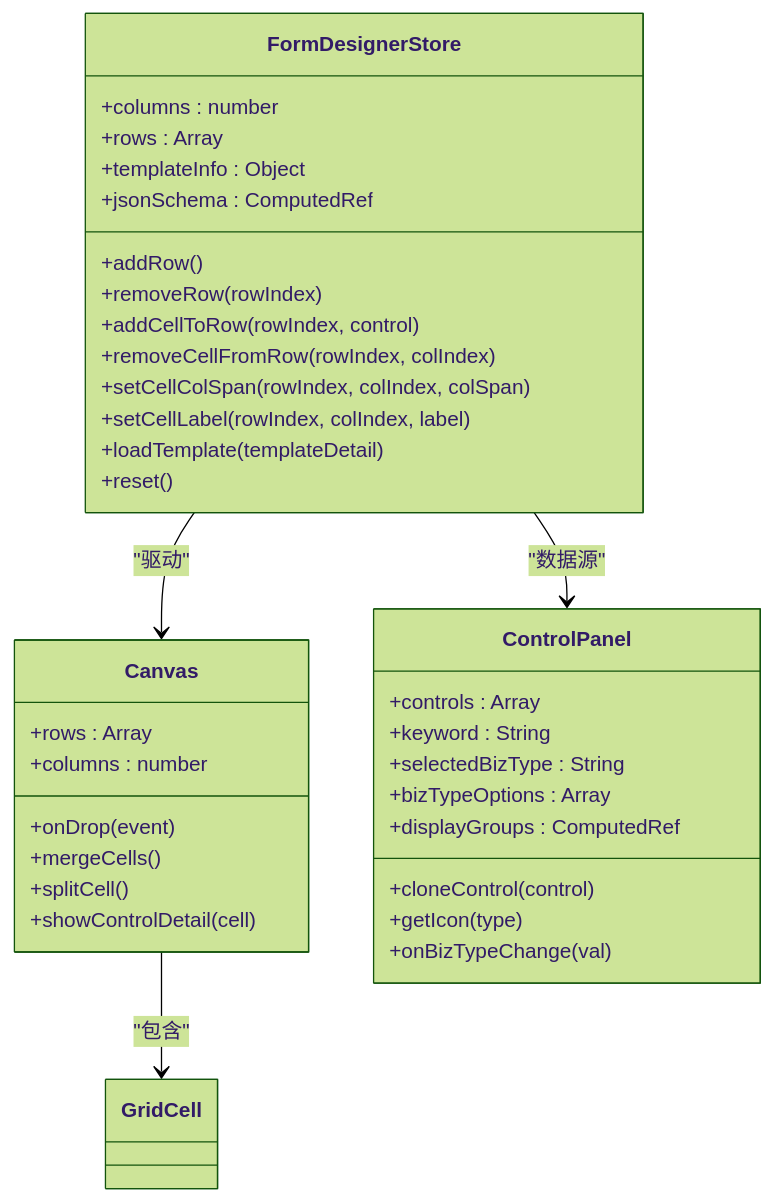
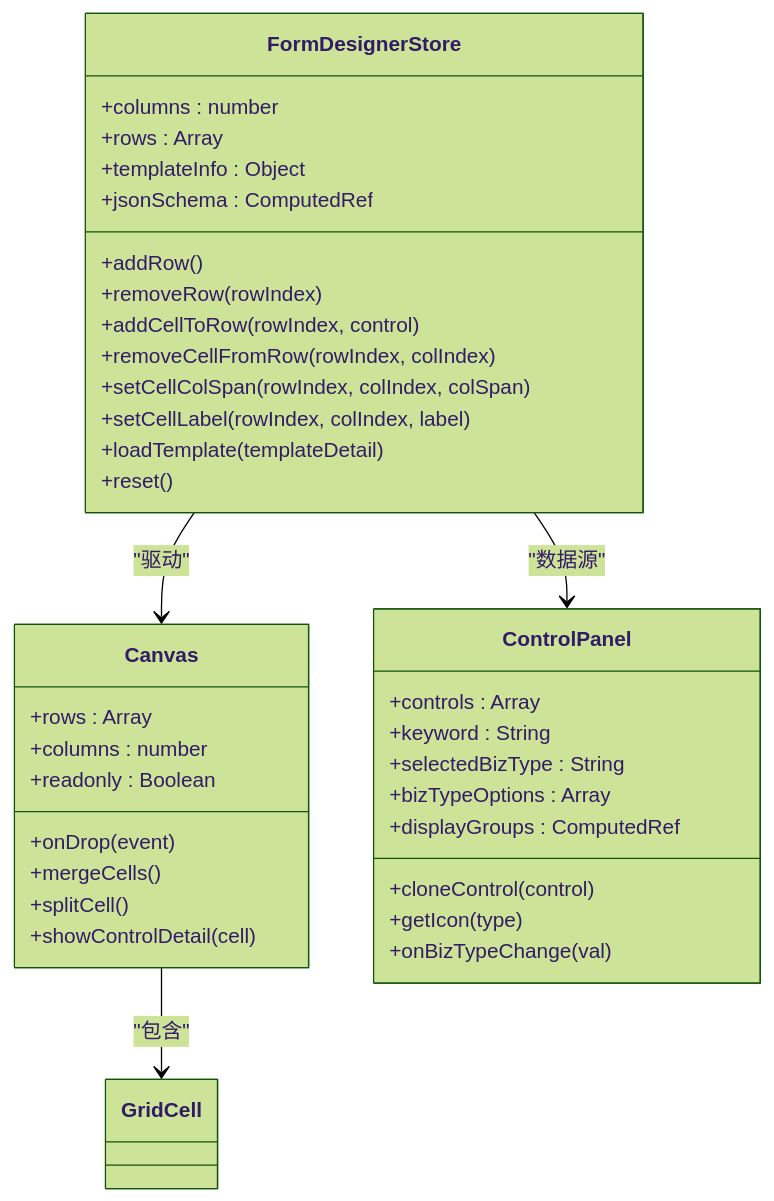
One commit to NJMrLi/genetics changed the seventh of 12 diagrams in .qoder/repowiki/zh/content/前端架构设计/拖拽式表单设计器.md. Above: the diagram before and after it, drawn with Mermaid (forest theme). The commit also changed other lines of this file and 3 other files, not shown here.

````diff
--- a/.qoder/repowiki/zh/content/前端架构设计/拖拽式表单设计器.md
+++ b/.qoder/repowiki/zh/content/前端架构设计/拖拽式表单设计器.md
@@ -330,38 +354,39 @@
 ```mermaid
 classDiagram
 class FormDesignerStore {
 +columns : number
 +rows : Array
 +templateInfo : Object
 +jsonSchema : ComputedRef
 +addRow()
 +removeRow(rowIndex)
 +addCellToRow(rowIndex, control)
 +removeCellFromRow(rowIndex, colIndex)
 +setCellColSpan(rowIndex, colIndex, colSpan)
 +setCellLabel(rowIndex, colIndex, label)
 +loadTemplate(templateDetail)
 +reset()
 }
 class Canvas {
 +rows : Array
 +columns : number
++readonly : Boolean
 +onDrop(event)
 +mergeCells()
 +splitCell()
 +showControlDetail(cell)
 }
 class ControlPanel {
 +controls : Array
 +keyword : String
 +selectedBizType : String
 +bizTypeOptions : Array
 +displayGroups : ComputedRef
 +cloneControl(control)
 +getIcon(type)
 +onBizTypeChange(val)
 }
 FormDesignerStore --> Canvas : "驱动"
 FormDesignerStore --> ControlPanel : "数据源"
 Canvas --> GridCell : "包含"
 ```
````
